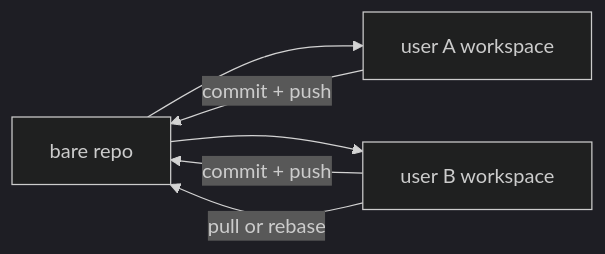
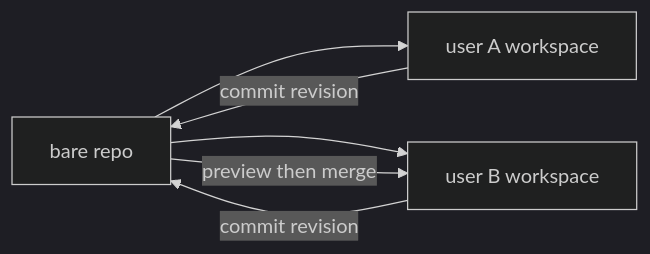
One commit to fstqwq/Polygon-Replica changed the second of 2 diagrams in docs/problem-workflow.md. Above: the diagram before and after it, drawn with Mermaid (dark theme). The commit also changed other lines of this file and 32 other files, not shown here.

Commit message:
Replace pull workflow with safe workspace merge

````diff
--- a/docs/problem-workflow.md
+++ b/docs/problem-workflow.md
@@ -25,8 +25,8 @@
 ```mermaid
 graph LR
     Bare[bare repo] --> WS1[user A workspace]
     Bare --> WS2[user B workspace]
-    WS1 -->|commit + push| Bare
-    WS2 -->|commit + push| Bare
-    WS2 -->|pull or rebase| Bare
+    WS1 -->|commit revision| Bare
+    WS2 -->|commit revision| Bare
+    Bare -->|preview then merge| WS2
 ```
````
